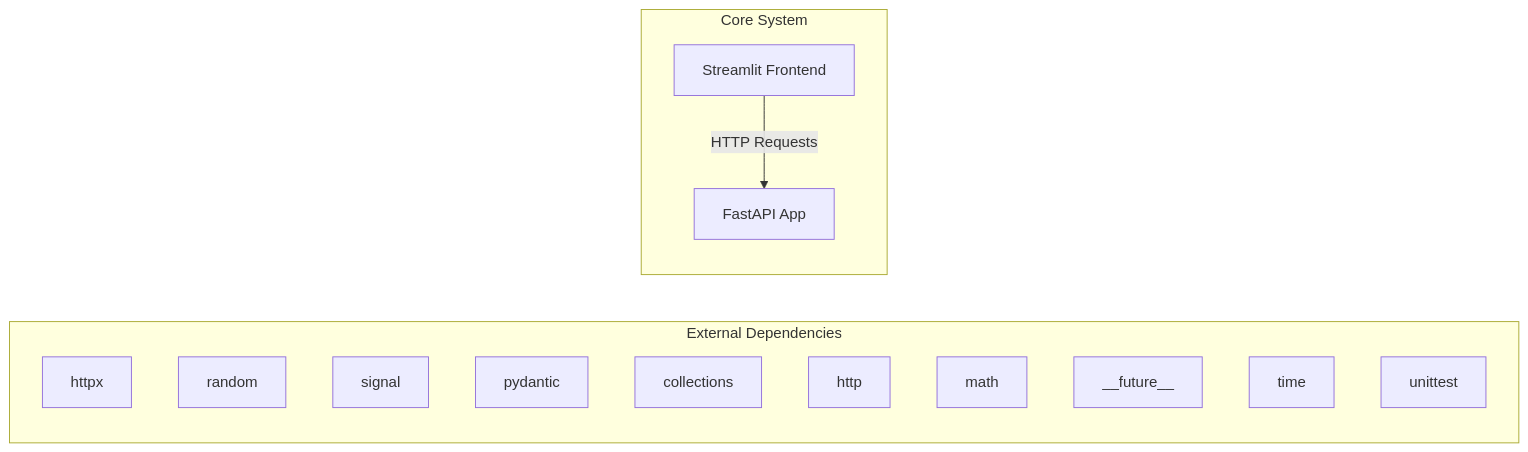
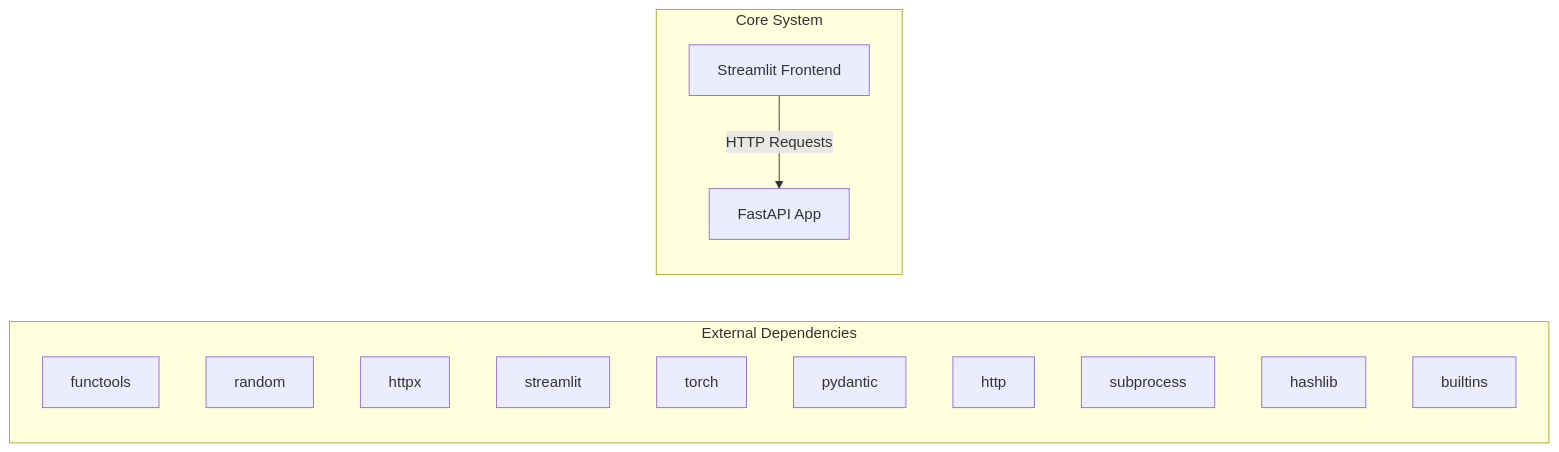
Before and after one commit to NITISH-R-G/rag-context-optimizer: the first of 2 diagrams in docs/architecture.md, drawn with Mermaid. The commit also changed 1 other file, not shown here.

Commit message:
docs: auto-update repository knowledge, architecture diagrams, and documentation

````diff
--- a/docs/architecture.md
+++ b/docs/architecture.md
@@ -7,20 +7,20 @@
 ```mermaid
 graph LR
     subgraph External Dependencies
-        E0["httpx"]
+        E0["functools"]
         E1["random"]
-        E2["signal"]
-        E3["pydantic"]
-        E4["collections"]
-        E5["http"]
-        E6["math"]
-        E7["__future__"]
-        E8["time"]
-        E9["unittest"]
+        E2["httpx"]
+        E3["streamlit"]
+        E4["torch"]
+        E5["pydantic"]
+        E6["http"]
+        E7["subprocess"]
+        E8["hashlib"]
+        E9["builtins"]
     end
     subgraph Core System
         API["FastAPI App"]
         UI["Streamlit Frontend"]
     end
     UI -->|HTTP Requests| API
 ```
````
